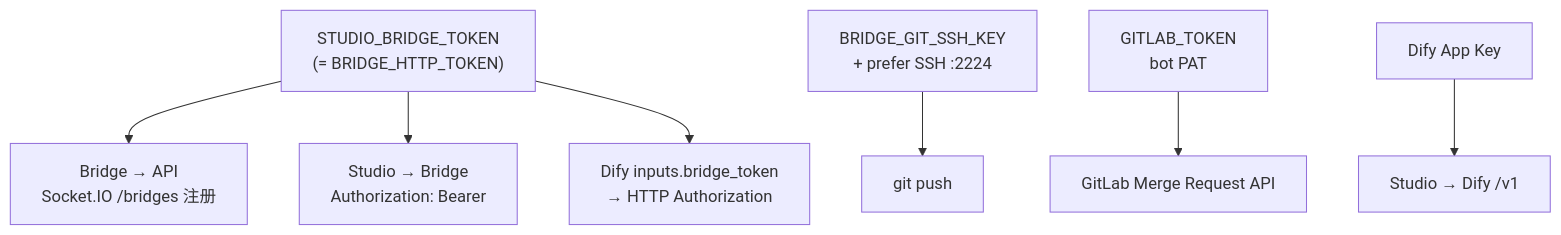
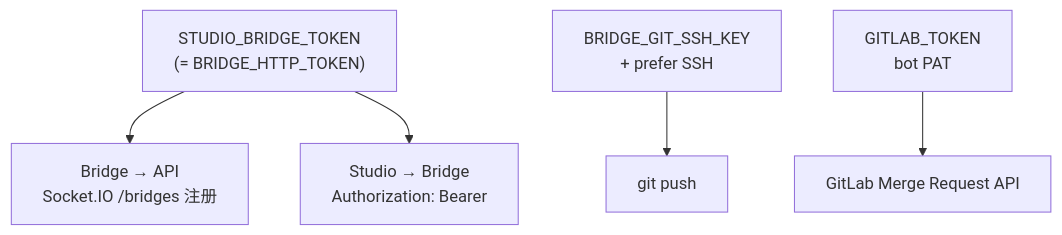
The fifth of 6 diagrams in docs/架构与时序图.md (xxxxxuhb/agent-studio), drawn with Mermaid before and after one commit. The commit also changed other lines of this file and 83 other files, not shown here.

````diff
--- a/docs/架构与时序图.md
+++ b/docs/架构与时序图.md
@@ -167,11 +160,9 @@
 ```mermaid
 flowchart TB
   Token["STUDIO_BRIDGE_TOKEN\n(= BRIDGE_HTTP_TOKEN)"]
   Token --> WS["Bridge → API\nSocket.IO /bridges 注册"]
   Token --> SH["Studio → Bridge\nAuthorization: Bearer"]
-  Token --> DT["Dify inputs.bridge_token\n→ HTTP Authorization"]
 
-  SSH["BRIDGE_GIT_SSH_KEY\n+ prefer SSH :2224"] --> Push["git push"]
+  SSH["BRIDGE_GIT_SSH_KEY\n+ prefer SSH"] --> Push["git push"]
   PAT["GITLAB_TOKEN\nbot PAT"] --> MR["GitLab Merge Request API"]
-  AppKey["Dify App Key"] --> WF["Studio → Dify /v1"]
 ```
````
